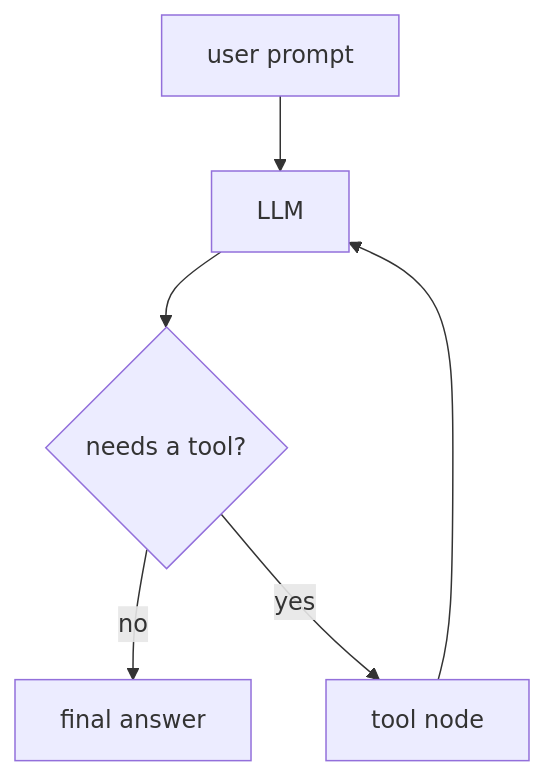
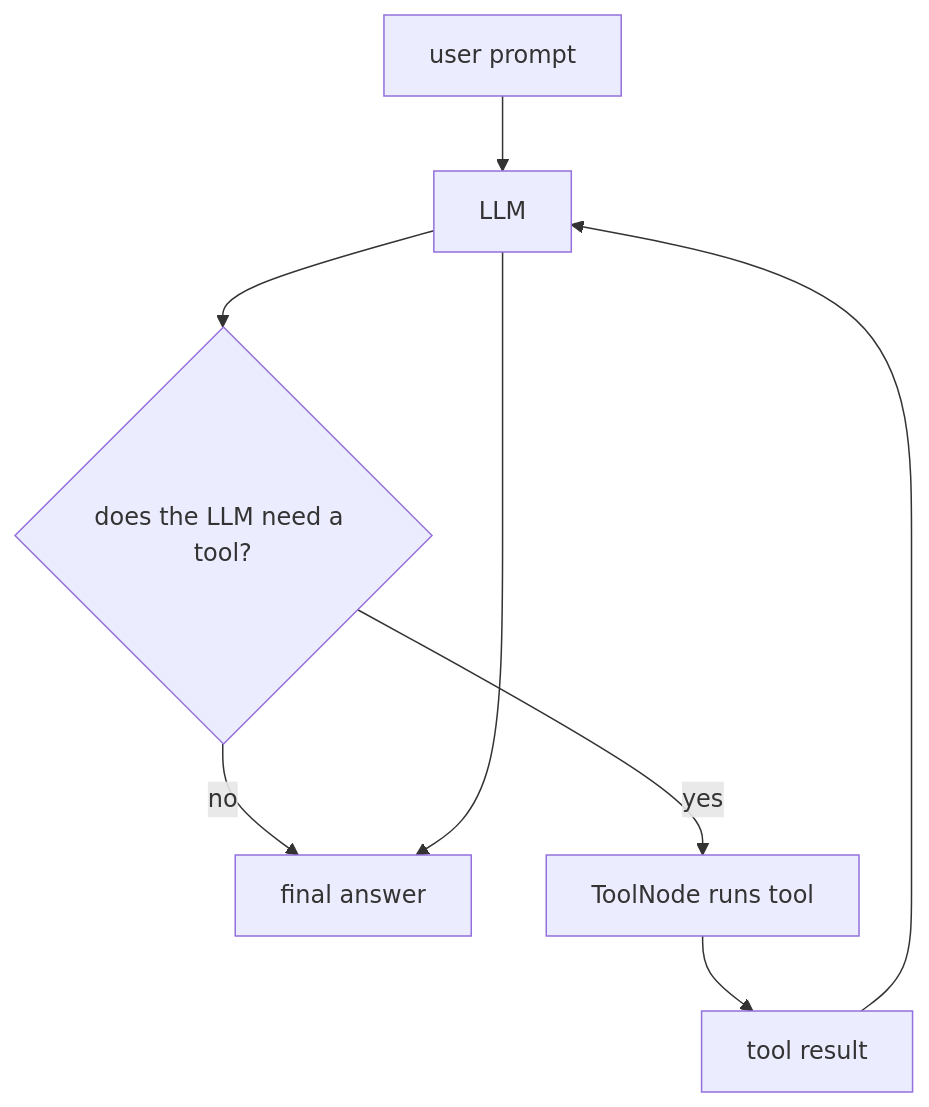
One commit to Walid-Ahmed/langgraph-tutorials changed the first of 2 diagrams in 5-Workflows/00_augmented_llm.md. Above: the diagram before and after it, drawn with Mermaid. The commit also changed other lines of this file, not shown here.

Commit message:
Improve augmented LLM tools tutorial

````diff
--- a/5-Workflows/00_augmented_llm.md
+++ b/5-Workflows/00_augmented_llm.md
@@ -11,8 +17,10 @@
 ```mermaid
 flowchart TD
     USER["user prompt"] --> LLM["LLM"]
-    LLM --> DECIDE{"needs a tool?"}
+    LLM --> DECIDE{"does the LLM need a tool?"}
     DECIDE -->|no| FINAL["final answer"]
-    DECIDE -->|yes| TOOL["tool node"]
-    TOOL --> LLM
+    DECIDE -->|yes| TOOL["ToolNode runs tool"]
+    TOOL --> RESULT["tool result"]
+    RESULT --> LLM
+    LLM --> FINAL
 ```
````
